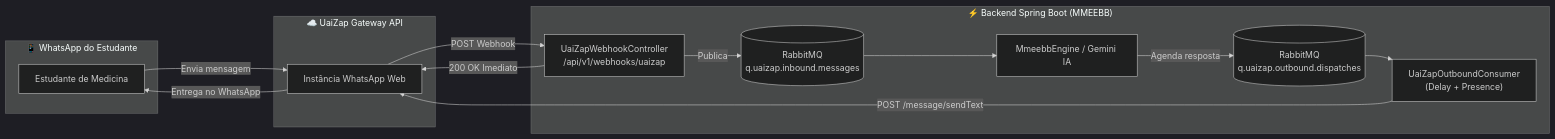
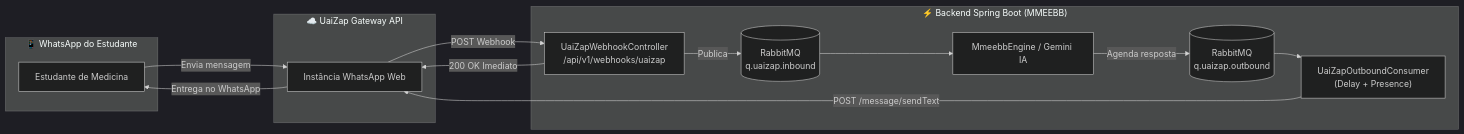
One commit to NickolasTav/med-mmeebb-chatbot changed the diagram in docs/UAIZAP_API_INTEGRATION.md. Above: the diagram before and after it, drawn with Mermaid (dark theme). The commit also changed other lines of this file and 11 other files, not shown here.

````diff
--- a/docs/UAIZAP_API_INTEGRATION.md
+++ b/docs/UAIZAP_API_INTEGRATION.md
@@ -13,28 +13,28 @@
 ```mermaid
 flowchart LR
     subgraph WhatsApp_Client["📱 WhatsApp do Estudante"]
         User["Estudante de Medicina"]
     end
 
     subgraph UaiZap_Gateway["☁️ UaiZap Gateway API"]
         GW["Instância WhatsApp Web"]
     end
 
     subgraph Backend_SpringBoot["⚡ Backend Spring Boot (MMEEBB)"]
         Ctrl["UaiZapWebhookController<br/>/api/v1/webhooks/uaizap"]
-        Q_In[("RabbitMQ<br/>q.uaizap.inbound.messages")]
+        Q_In[("RabbitMQ<br/>q.uaizap.inbound")]
         Engine["MmeebbEngine / Gemini IA"]
-        Q_Out[("RabbitMQ<br/>q.uaizap.outbound.dispatches")]
+        Q_Out[("RabbitMQ<br/>q.uaizap.outbound")]
         OutConsumer["UaiZapOutboundConsumer<br/>(Delay + Presence)"]
     end
 
     User -->|Envia mensagem| GW
     GW -->|POST Webhook| Ctrl
     Ctrl -->|200 OK Imediato| GW
     Ctrl -->|Publica| Q_In
     Q_In --> Engine
     Engine -->|Agenda resposta| Q_Out
     Q_Out --> OutConsumer
     OutConsumer -->|POST /message/sendText| GW
     GW -->|Entrega no WhatsApp| User
 ```
````
